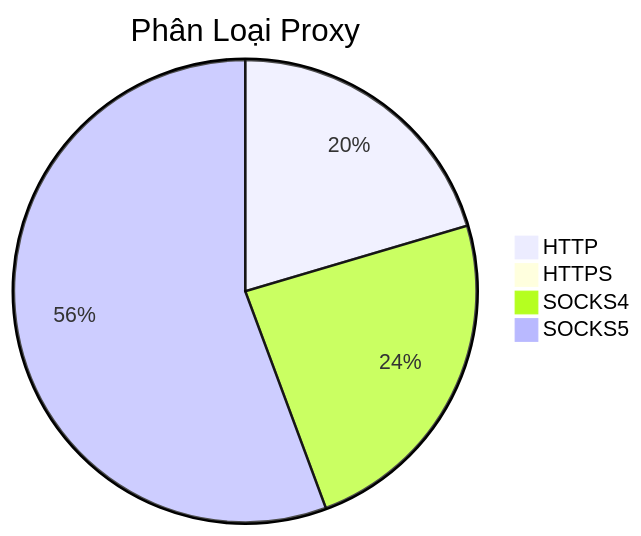
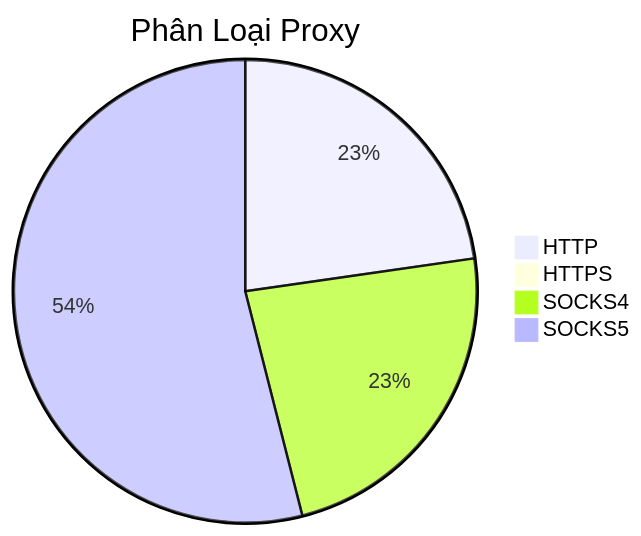
The diagram in README.md (Ciara-12/PROXY-free), drawn with Mermaid before and after one commit. The commit also changed other lines of this file and 3 other files, not shown here.

````diff
--- a/README.md
+++ b/README.md
@@ -26,7 +26,7 @@
 ```mermaid
 pie title Phân Loại Proxy
-    "HTTP" : 294
+    "HTTP" : 318
     "HTTPS" : 0
-    "SOCKS4" : 344
-    "SOCKS5" : 801
+    "SOCKS4" : 326
+    "SOCKS5" : 755
 ```
````
